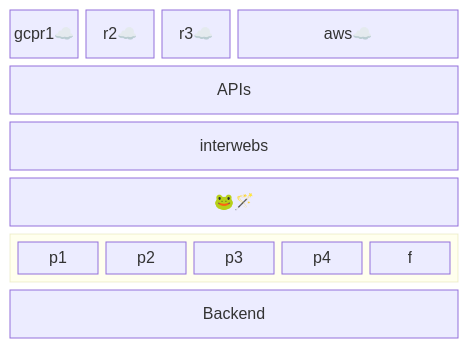
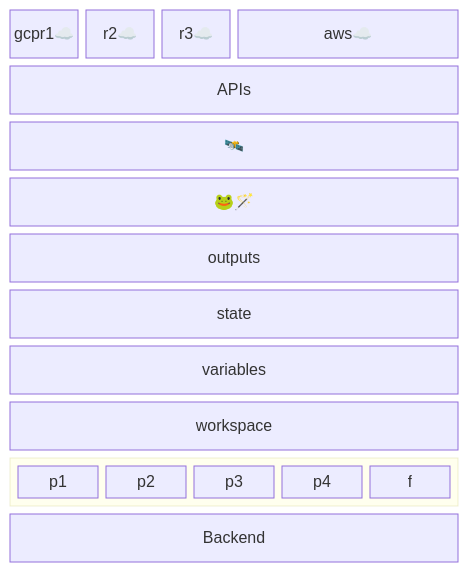
Before and after one commit to sohale/cs-glossaries: the diagram in devops/terraform-tut.md, drawn with Mermaid.

````diff
--- a/devops/terraform-tut.md
+++ b/devops/terraform-tut.md
@@ -78,24 +78,28 @@
 ```mermaid
 block-beta
   columns 6
   gcpr1☁️ r2☁️ r3☁️ aws☁️:3
   %% resources on cloud providers
   APIs:6
-  interwebs:6
+  interwebs["🛰️"]:6
   %% block:group1:6
   %%   columns 2
   %%   h i j k
   %% end
   g["🐸🪄"]:6
   %% block:group2:6
   %%  %% columns auto (default)
   %%  p1 p2 p3  p4 p5 p6
   %% end
+  outputs["outputs"]:6
+  state["state"]:6
+  variables["variables"]:6
+  workspace["workspace"]:6
   block:group3:6
     columns 5
     %%  The width of the columns is determined by the widest block
     %% pp["provider plugins"]:1
     p1:1 p2:1 p3:1 p4:1 f:1
   end
   Backend:6
 ```
````
